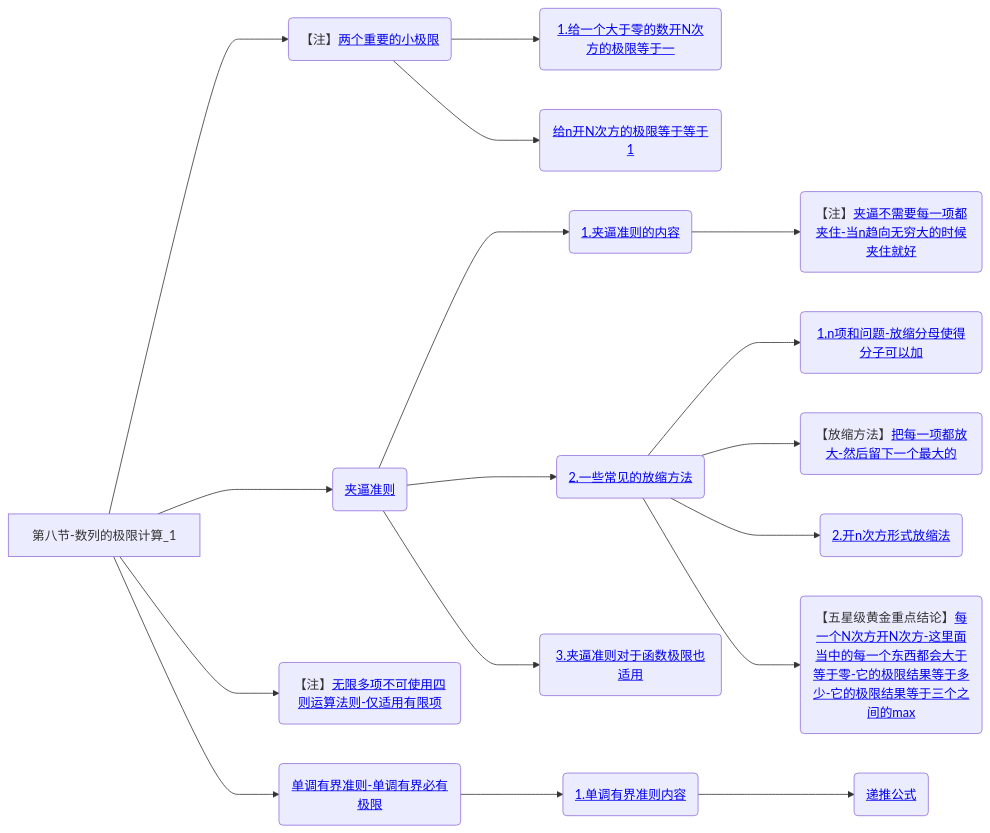
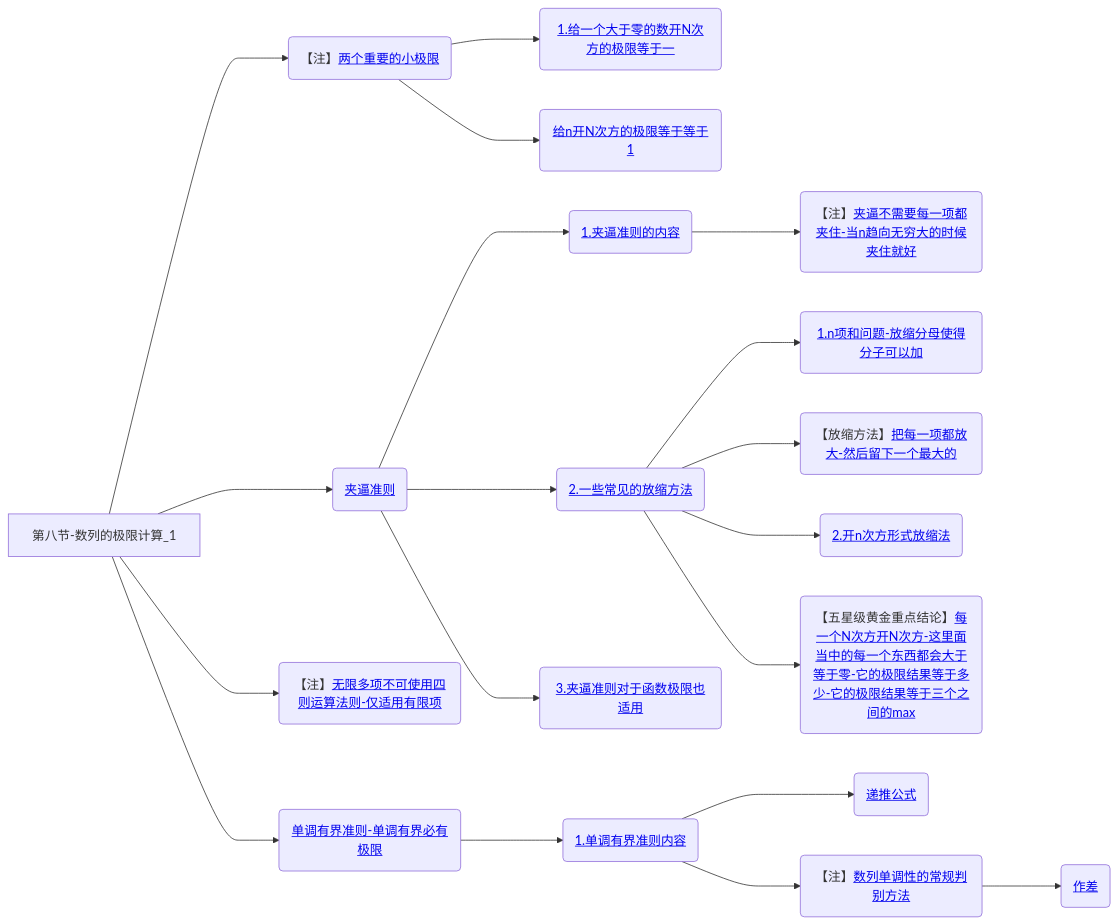
The eighth of 8 diagrams in 笔记/数学/周洋鑫/01.基础班思维导图.md (yuebinghui/note), drawn with Mermaid before and after one commit. The commit also changed 4 other files, not shown here.

````diff
--- a/笔记/数学/周洋鑫/01.基础班思维导图.md
+++ b/笔记/数学/周洋鑫/01.基础班思维导图.md
@@ -311,27 +311,29 @@
 ```mermaid
 graph LR
 第八节-数列的极限计算_1
 
 第八节-数列的极限计算_1--->两个重要的小极限(【注】<a href="/Users/yuebinghui/Documents/program/github/note/笔记/数学/周洋鑫/基础班/08.数列的极限计算_1.md#两个重要的小极限">两个重要的小极限</>)
 两个重要的小极限--->1.给一个大于零的数开N次方的极限等于一(<a href="/Users/yuebinghui/Documents/program/github/note/笔记/数学/周洋鑫/基础班/08.数列的极限计算_1.md#1.给一个大于零的数开N次方的极限等于一">1.给一个大于零的数开N次方的极限等于一</>)
 两个重要的小极限--->给n开N次方的极限等于等于1(<a href="/Users/yuebinghui/Documents/program/github/note/笔记/数学/周洋鑫/基础班/08.数列的极限计算_1.md#给n开N次方的极限等于等于1">给n开N次方的极限等于等于1</>)
 
 第八节-数列的极限计算_1--->夹逼准则(<a href="/Users/yuebinghui/Documents/program/github/note/笔记/数学/周洋鑫/基础班/08.数列的极限计算_1.md#夹逼准则">夹逼准则</>)
 夹逼准则--->1.夹逼准则的内容(<a href="/Users/yuebinghui/Documents/program/github/note/笔记/数学/周洋鑫/基础班/08.数列的极限计算_1.md#1.夹逼准则的内容">1.夹逼准则的内容</>)
 1.夹逼准则的内容--->夹逼不需要每一项都夹住-当n趋向无穷大的时候夹住就好(【注】<a href="/Users/yuebinghui/Documents/program/github/note/笔记/数学/周洋鑫/基础班/08.数列的极限计算_1.md#夹逼不需要每一项都夹住-当n趋向无穷大的时候夹住就好">夹逼不需要每一项都夹住-当n趋向无穷大的时候夹住就好</>)
 
 第八节-数列的极限计算_1--->无限多项不可使用四则运算法则-仅适用有限项(【注】<a href="/Users/yuebinghui/Documents/program/github/note/笔记/数学/周洋鑫/基础班/08.数列的极限计算_1.md#无限多项不可使用四则运算法则-仅适用有限项">无限多项不可使用四则运算法则-仅适用有限项</>)
 
 夹逼准则--->2.一些常见的放缩方法(<a href="/Users/yuebinghui/Documents/program/github/note/笔记/数学/周洋鑫/基础班/08.数列的极限计算_1.md#2.一些常见的放缩方法">2.一些常见的放缩方法</>)
 2.一些常见的放缩方法--->1.n项和问题-放缩分母使得分子可以加(<a href="/Users/yuebinghui/Documents/program/github/note/笔记/数学/周洋鑫/基础班/08.数列的极限计算_1.md#1.n项和问题-放缩分母使得分子可以加">1.n项和问题-放缩分母使得分子可以加</>)
 2.一些常见的放缩方法--->把每一项都放大-然后留下一个最大的(【放缩方法】<a href="/Users/yuebinghui/Documents/program/github/note/笔记/数学/周洋鑫/基础班/08.数列的极限计算_1.md#把每一项都放大-然后留下一个最大的">把每一项都放大-然后留下一个最大的</>)
 2.一些常见的放缩方法--->2.开n次方形式放缩法(<a href="/Users/yuebinghui/Documents/program/github/note/笔记/数学/周洋鑫/基础班/08.数列的极限计算_1.md#2.开n次方形式放缩法">2.开n次方形式放缩法</>)
 2.一些常见的放缩方法--->每一个N次方开N次方-这里面当中的每一个东西都会大于等于零-它的极限结果等于多少-它的极限结果等于三个之间的max(【五星级黄金重点结论】<a href="/Users/yuebinghui/Documents/program/github/note/笔记/数学/周洋鑫/基础班/08.数列的极限计算_1.md#每一个N次方开N次方-这里面当中的每一个东西都会大于等于零-它的极限结果等于多少-它的极限结果等于三个之间的max">每一个N次方开N次方-这里面当中的每一个东西都会大于等于零-它的极限结果等于多少-它的极限结果等于三个之间的max</>)
 
 夹逼准则--->3.夹逼准则对于函数极限也适用(<a href="/Users/yuebinghui/Documents/program/github/note/笔记/数学/周洋鑫/基础班/08.数列的极限计算_1.md#3.夹逼准则对于函数极限也适用">3.夹逼准则对于函数极限也适用</>)
 
 第八节-数列的极限计算_1--->单调有界准则-单调有界必有极限(<a href="/Users/yuebinghui/Documents/program/github/note/笔记/数学/周洋鑫/基础班/08.数列的极限计算_1.md#单调有界准则-单调有界必有极限">单调有界准则-单调有界必有极限</>)
 单调有界准则-单调有界必有极限--->1.单调有界准则内容(<a href="/Users/yuebinghui/Documents/program/github/note/笔记/数学/周洋鑫/基础班/08.数列的极限计算_1.md#1.单调有界准则内容">1.单调有界准则内容</>)
 1.单调有界准则内容--->递推公式(<a href="/Users/yuebinghui/Documents/program/github/note/笔记/数学/周洋鑫/基础班/08.数列的极限计算_1.md#递推公式">递推公式</>)
+1.单调有界准则内容--->数列单调性的常规判别方法(【注】<a href="/Users/yuebinghui/Documents/program/github/note/笔记/数学/周洋鑫/基础班/08.数列的极限计算_1.md#数列单调性的常规判别方法">数列单调性的常规判别方法</>)
+数列单调性的常规判别方法--->作差(<a href="/Users/yuebinghui/Documents/program/github/note/笔记/数学/周洋鑫/基础班/08.数列的极限计算_1.md#作差">作差</>)
 
 ```
````
